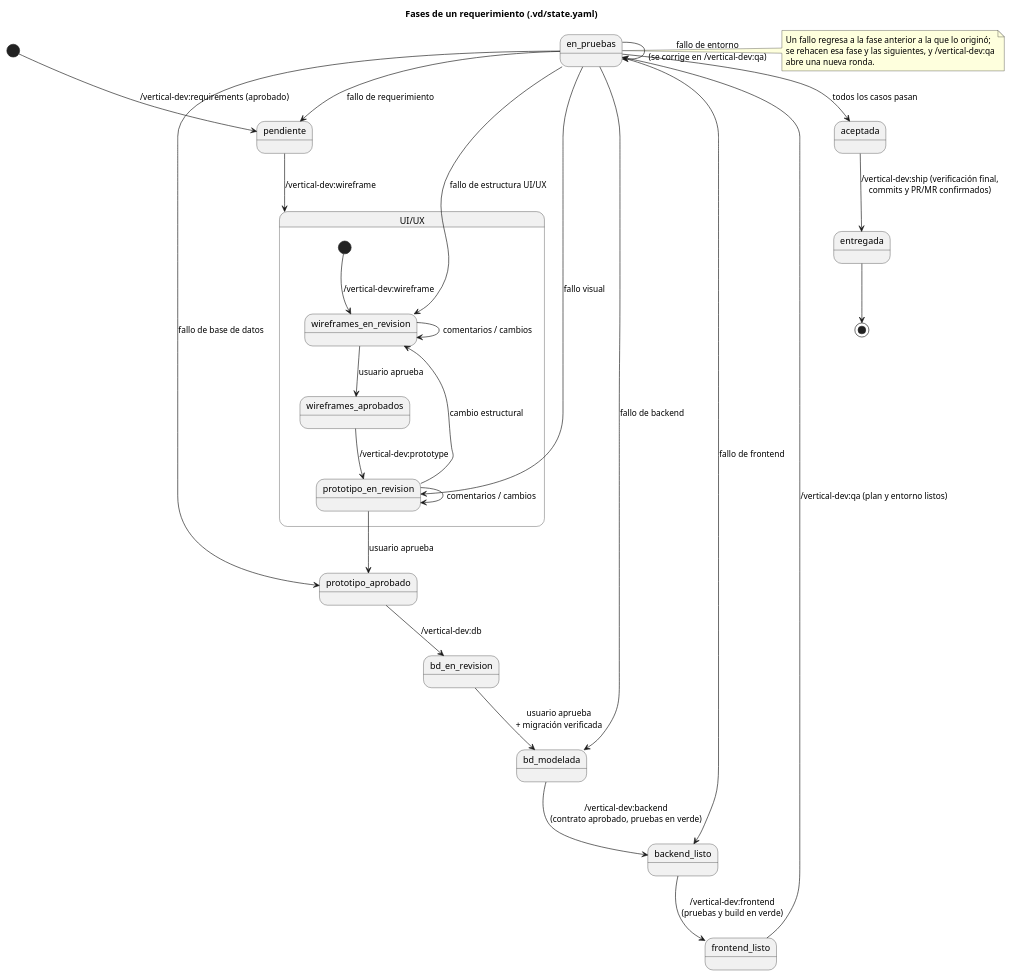
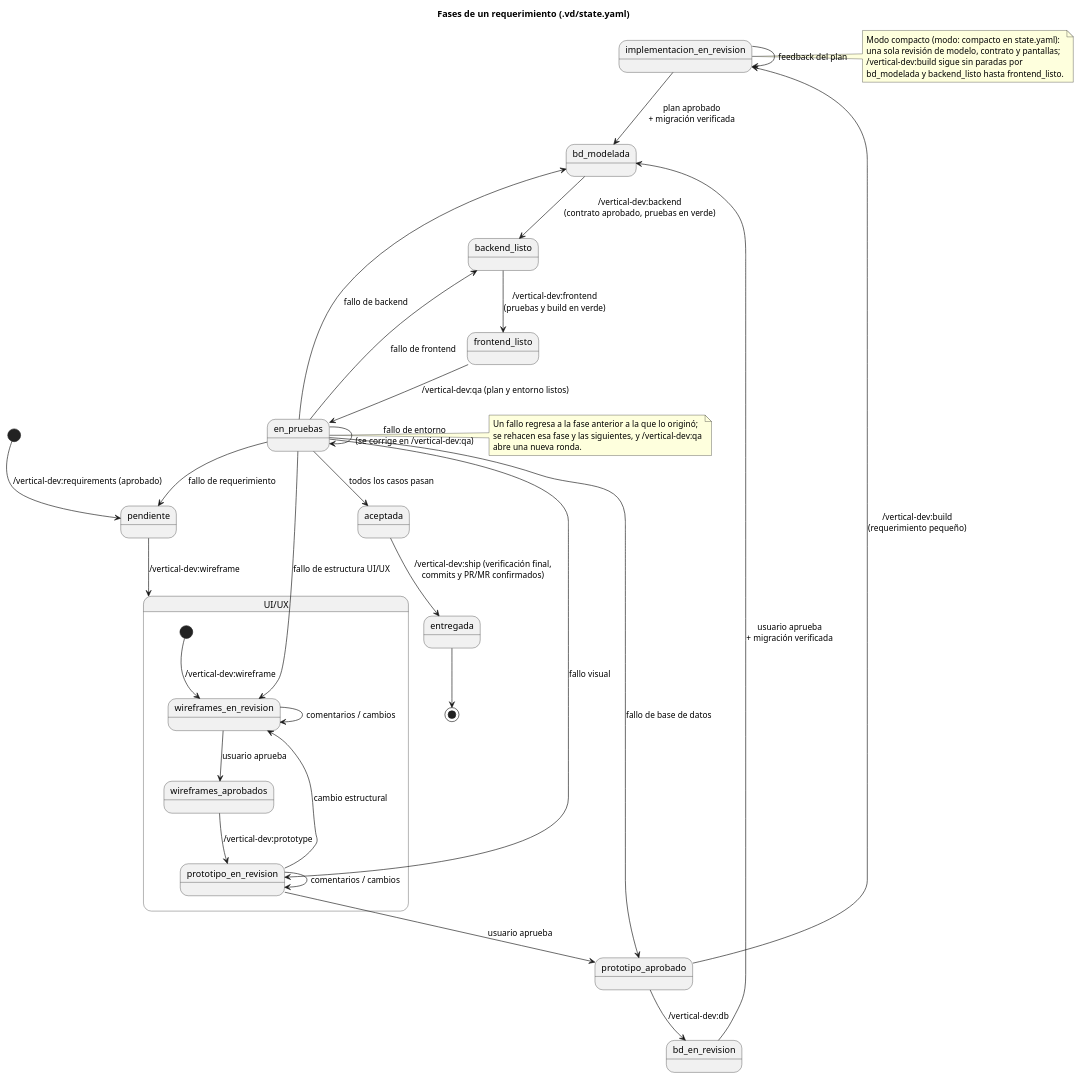
Before and after one commit to Antonioescp/ai-plugin-vertical-development: the diagram in docs/workflow/estados-funcionalidad.puml, drawn with PlantUML. The commit also changed 8 other files, not shown here.

First line of the commit message:
Añade el skill build: db, backend y frontend en una pasada para requerimientos pequeños

```diff
--- a/docs/workflow/estados-funcionalidad.puml
+++ b/docs/workflow/estados-funcionalidad.puml
@@ -1,44 +1,55 @@
 @startuml estados-funcionalidad
 title Fases de un requerimiento (.vd/state.yaml)
 
 [*] --> pendiente : /vertical-dev:requirements (aprobado)
 
 state "UI/UX" as ux {
   state wireframes_en_revision
   state wireframes_aprobados
   state prototipo_en_revision
   [*] --> wireframes_en_revision : /vertical-dev:wireframe
   wireframes_en_revision --> wireframes_en_revision : comentarios / cambios
   wireframes_en_revision --> wireframes_aprobados : usuario aprueba
   wireframes_aprobados --> prototipo_en_revision : /vertical-dev:prototype
   prototipo_en_revision --> prototipo_en_revision : comentarios / cambios
   prototipo_en_revision --> wireframes_en_revision : cambio estructural
 }
 
 pendiente --> ux : /vertical-dev:wireframe
 prototipo_en_revision --> prototipo_aprobado : usuario aprueba
 prototipo_aprobado --> bd_en_revision : /vertical-dev:db
 bd_en_revision --> bd_modelada : usuario aprueba\n+ migración verificada
 bd_modelada --> backend_listo : /vertical-dev:backend\n(contrato aprobado, pruebas en verde)
 backend_listo --> frontend_listo : /vertical-dev:frontend\n(pruebas y build en verde)
 frontend_listo --> en_pruebas : /vertical-dev:qa (plan y entorno listos)
 
+prototipo_aprobado --> implementacion_en_revision : /vertical-dev:build\n(requerimiento pequeño)
+implementacion_en_revision --> implementacion_en_revision : feedback del plan
+implementacion_en_revision --> bd_modelada : plan aprobado\n+ migración verificada
+
+note right of implementacion_en_revision
+  Modo compacto (modo: compacto en state.yaml):
+  una sola revisión de modelo, contrato y pantallas;
+  /vertical-dev:build sigue sin paradas por
+  bd_modelada y backend_listo hasta frontend_listo.
+end note
+
 en_pruebas --> aceptada : todos los casos pasan
 en_pruebas --> en_pruebas : fallo de entorno\n(se corrige en /vertical-dev:qa)
 en_pruebas --> pendiente : fallo de requerimiento
 en_pruebas --> wireframes_en_revision : fallo de estructura UI/UX
 en_pruebas --> prototipo_en_revision : fallo visual
 en_pruebas --> prototipo_aprobado : fallo de base de datos
 en_pruebas --> bd_modelada : fallo de backend
 en_pruebas --> backend_listo : fallo de frontend
 
 aceptada --> entregada : /vertical-dev:ship (verificación final,\ncommits y PR/MR confirmados)
 entregada --> [*]
 
 note right of en_pruebas
   Un fallo regresa a la fase anterior a la que lo originó;
   se rehacen esa fase y las siguientes, y /vertical-dev:qa
   abre una nueva ronda.
 end note
 
 @enduml
```
